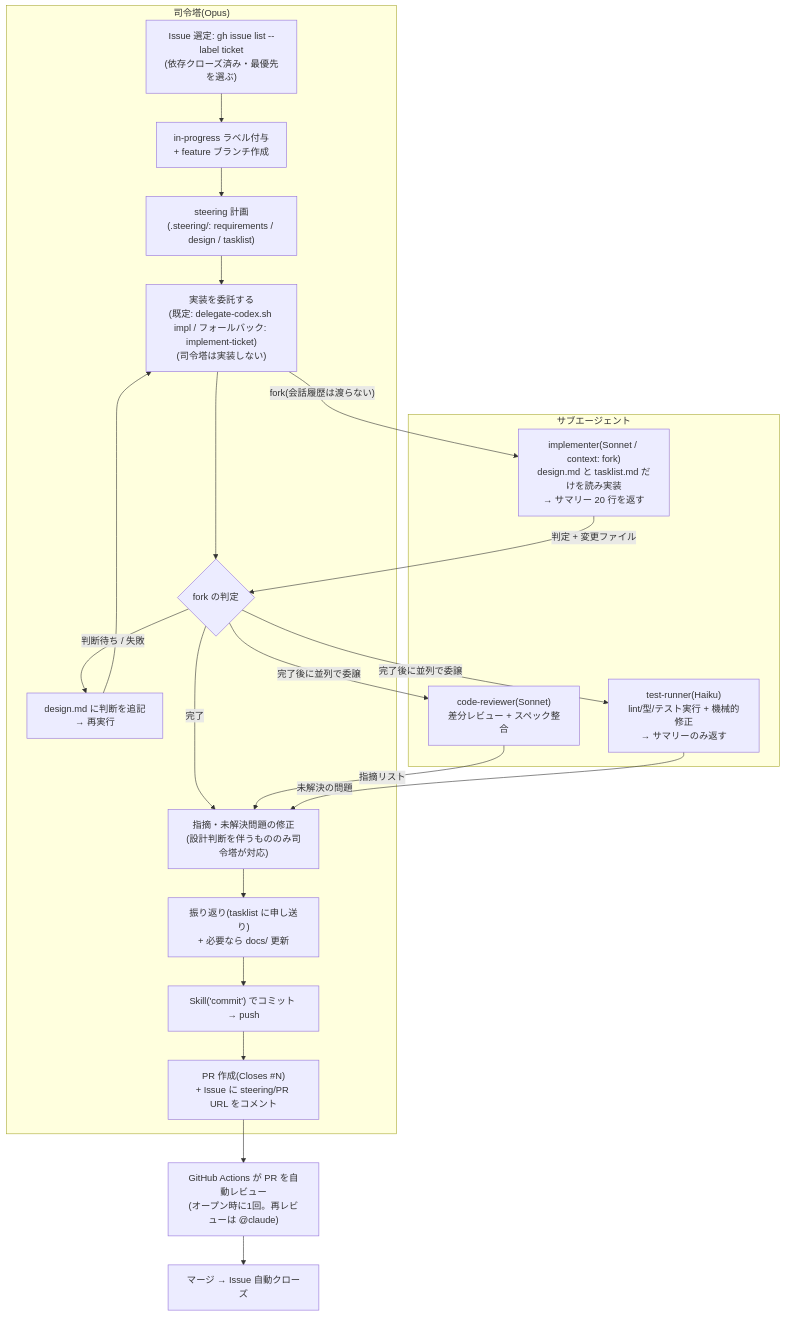
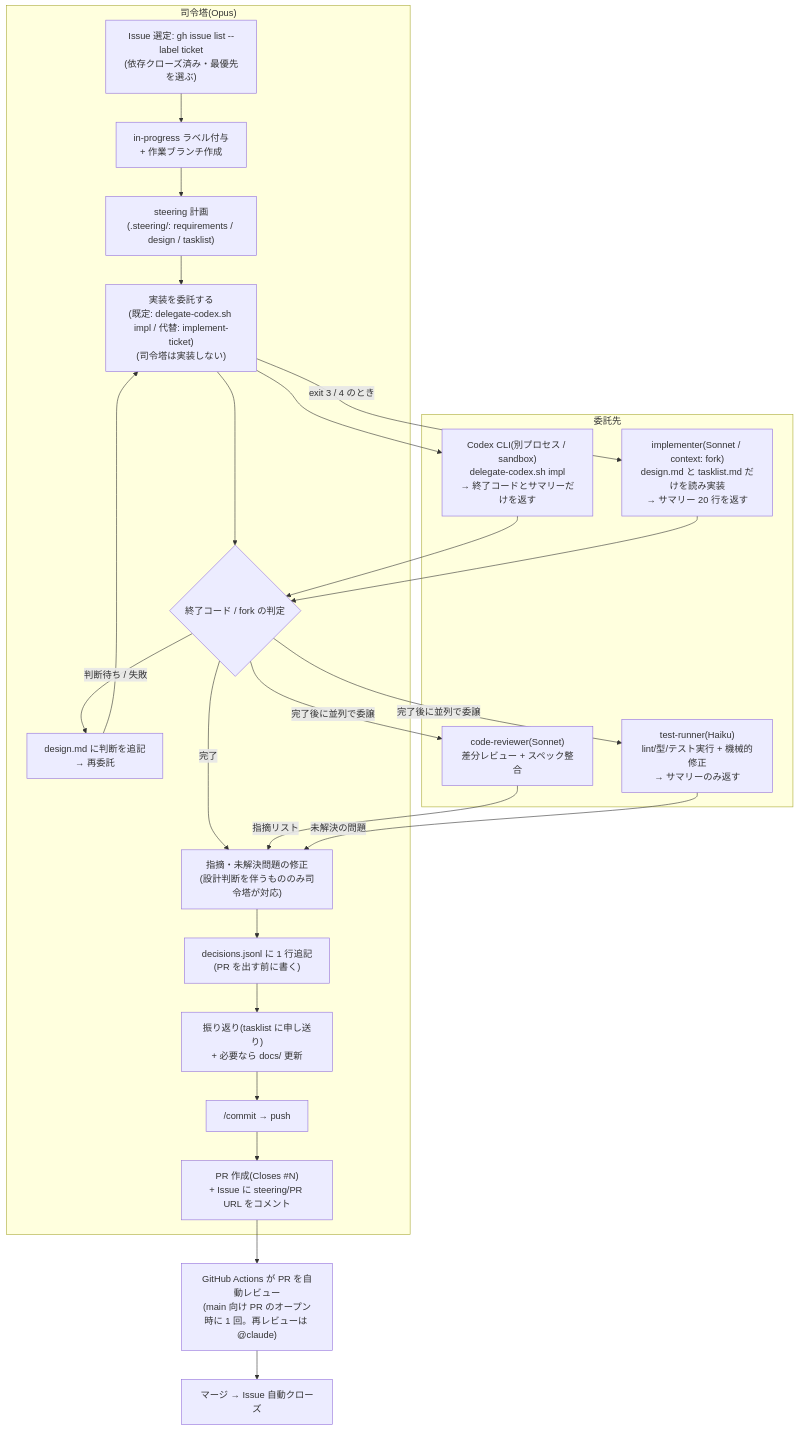
One commit to fuji18/claude-codex-template changed the second of 2 diagrams in README.md. Above: the diagram before and after it, drawn with Mermaid. The commit also changed other lines of this file, not shown here.

````diff
--- a/README.md
+++ b/README.md
@@ -142,28 +145,32 @@
 ```mermaid
 flowchart TD
     subgraph MAIN["司令塔(Opus)"]
-        SELECT["Issue 選定: gh issue list --label ticket<br/>(依存クローズ済み・最優先を選ぶ)"] --> LABEL["in-progress ラベル付与<br/>+ feature ブランチ作成"]
+        SELECT["Issue 選定: gh issue list --label ticket<br/>(依存クローズ済み・最優先を選ぶ)"] --> LABEL["in-progress ラベル付与<br/>+ 作業ブランチ作成"]
         LABEL --> PLAN["steering 計画<br/>(.steering/: requirements / design / tasklist)"]
-        PLAN --> DELEGATE["実装を委託する<br/>(既定: delegate-codex.sh impl / フォールバック: implement-ticket)<br/>(司令塔は実装しない)"]
-        DELEGATE --> JUDGE{"fork の判定"}
-        JUDGE -->|"判断待ち / 失敗"| DESIGN["design.md に判断を追記<br/>→ 再実行"]
+        PLAN --> DELEGATE["実装を委託する<br/>(既定: delegate-codex.sh impl / 代替: implement-ticket)<br/>(司令塔は実装しない)"]
+        DELEGATE --> JUDGE{"終了コード / fork の判定"}
+        JUDGE -->|"判断待ち / 失敗"| DESIGN["design.md に判断を追記<br/>→ 再委託"]
         DESIGN --> DELEGATE
         JUDGE -->|"完了"| FIX["指摘・未解決問題の修正<br/>(設計判断を伴うもののみ司令塔が対応)"]
-        FIX --> RETRO["振り返り(tasklist に申し送り)<br/>+ 必要なら docs/ 更新"]
-        RETRO --> COMMIT["Skill('commit') でコミット → push"]
+        FIX --> RECORD["decisions.jsonl に 1 行追記<br/>(PR を出す前に書く)"]
+        RECORD --> RETRO["振り返り(tasklist に申し送り)<br/>+ 必要なら docs/ 更新"]
+        RETRO --> COMMIT["/commit → push"]
         COMMIT --> PR["PR 作成(Closes #N)<br/>+ Issue に steering/PR URL をコメント"]
     end
-    subgraph SUB["サブエージェント"]
+    subgraph SUB["委託先"]
+        CODEX["Codex CLI(別プロセス / sandbox)<br/>delegate-codex.sh impl<br/>→ 終了コードとサマリーだけを返す"]
         IMPL["implementer(Sonnet / context: fork)<br/>design.md と tasklist.md だけを読み実装<br/>→ サマリー 20 行を返す"]
         REVIEW["code-reviewer(Sonnet)<br/>差分レビュー + スペック整合"]
         CHECK["test-runner(Haiku)<br/>lint/型/テスト実行 + 機械的修正<br/>→ サマリーのみ返す"]
     end
-    DELEGATE -->|"fork(会話履歴は渡らない)"| IMPL
-    IMPL -->|"判定 + 変更ファイル"| JUDGE
+    DELEGATE --> CODEX
+    DELEGATE -->|"exit 3 / 4 のとき"| IMPL
+    CODEX --> JUDGE
+    IMPL --> JUDGE
     JUDGE -->|"完了後に並列で委譲"| REVIEW
     JUDGE -->|"完了後に並列で委譲"| CHECK
     REVIEW -->|"指摘リスト"| FIX
     CHECK -->|"未解決の問題"| FIX
-    PR --> ACTIONS["GitHub Actions が PR を自動レビュー<br/>(オープン時に1回。再レビューは @claude)"]
+    PR --> ACTIONS["GitHub Actions が PR を自動レビュー<br/>(main 向け PR のオープン時に 1 回。再レビューは @claude)"]
     ACTIONS --> DONE["マージ → Issue 自動クローズ"]
 ```
````
